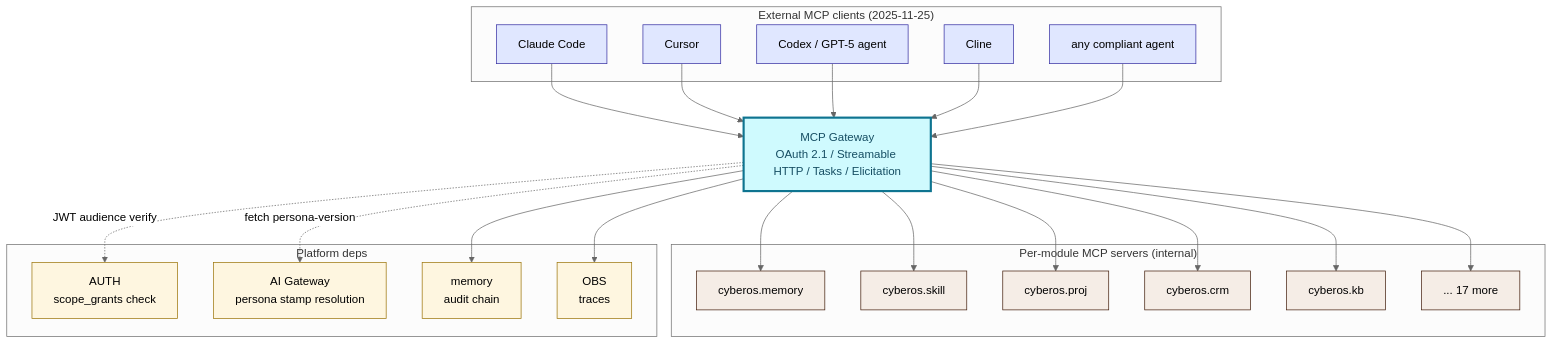
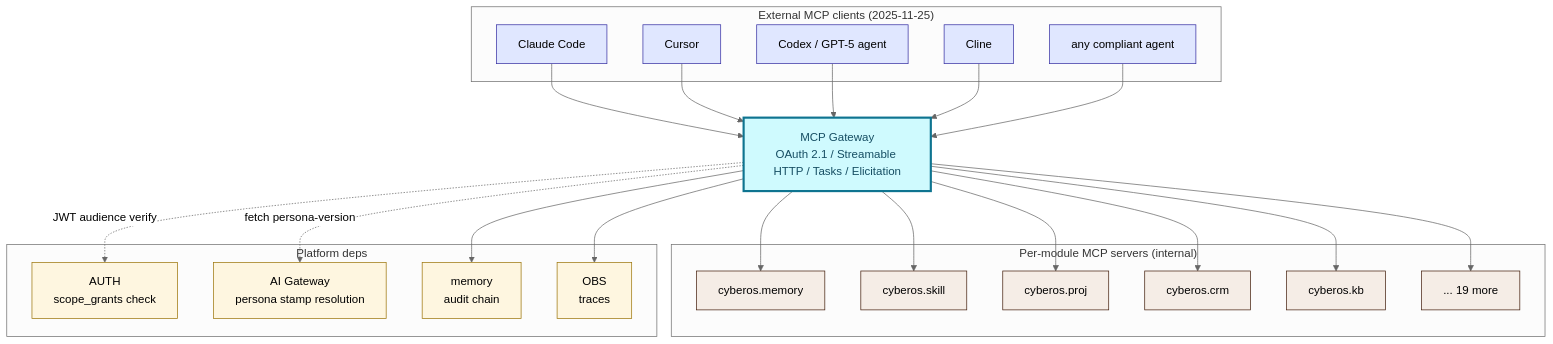
One commit to cyberskill-official/cyberos changed the first of 11 diagrams in services/mcp-gateway/docs/index.md. Above: the diagram before and after it, drawn with Mermaid (neutral theme). The commit also changed other lines of this file and 20 other files, not shown here.

````diff
--- a/services/mcp-gateway/docs/index.md
+++ b/services/mcp-gateway/docs/index.md
@@ -40,48 +40,48 @@
 ```mermaid
 flowchart TB
   subgraph clients["External MCP clients (2025-11-25)"]
     CC["Claude Code"]
     CURSOR["Cursor"]
     CODEX["Codex / GPT-5 agent"]
     CLINE["Cline"]
     OTHER["any compliant agent"]
   end
   MCPGW["MCP Gateway<br/>OAuth 2.1 / Streamable HTTP / Tasks / Elicitation"]
   subgraph perm["Per-module MCP servers (internal)"]
     BRSV["cyberos.memory"]
     SKSV["cyberos.skill"]
     PRSV["cyberos.proj"]
     CRMSV["cyberos.crm"]
     KBSV["cyberos.kb"]
-    N["... 17 more"]
+    N["... 19 more"]
   end
   subgraph dep["Platform deps"]
     AUTH["AUTH<br/>scope_grants check"]
     AIGW["AI Gateway<br/>persona stamp resolution"]
     memory["memory<br/>audit chain"]
     OBS["OBS<br/>traces"]
   end
   CC --> MCPGW
   CURSOR --> MCPGW
   CODEX --> MCPGW
   CLINE --> MCPGW
   OTHER --> MCPGW
   MCPGW -. "JWT audience verify" .-> AUTH
   MCPGW -. "fetch persona-version" .-> AIGW
   MCPGW --> BRSV
   MCPGW --> SKSV
   MCPGW --> PRSV
   MCPGW --> CRMSV
   MCPGW --> KBSV
   MCPGW --> N
   MCPGW --> memory
   MCPGW --> OBS
   classDef hub fill:#cffafe,stroke:#0e7490,stroke-width:3px,color:#164e63
   classDef client fill:#e0e7ff,stroke:#3730a3
   classDef internal fill:#f5ede6,stroke:#45210e
   classDef dep fill:#fef6e0,stroke:#9c750a
   class MCPGW hub
   class CC,CURSOR,CODEX,CLINE,OTHER client
   class BRSV,SKSV,PRSV,CRMSV,KBSV,N internal
   class AUTH,AIGW,memory,OBS dep
 ```
````
